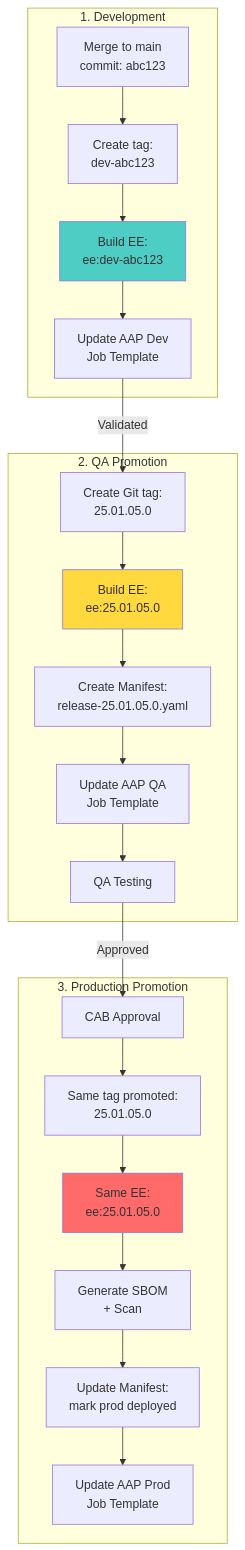
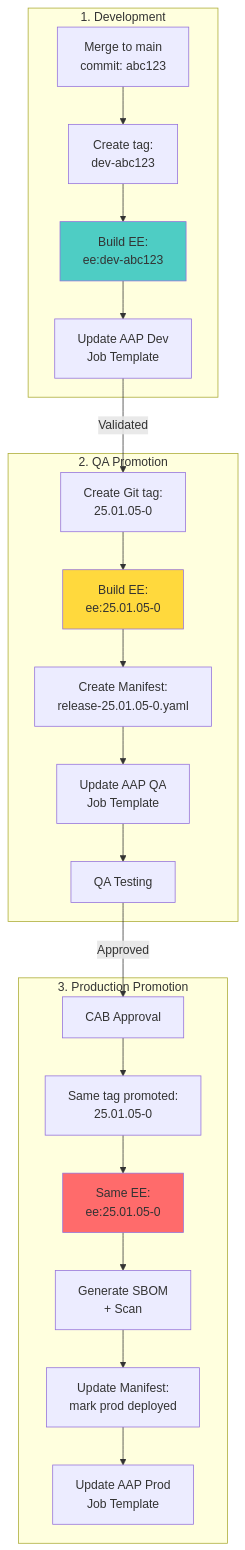
One commit to djdanielsson/rh1-docs changed the diagram in docs/EE-VERSIONING-STRATEGY.md. Above: the diagram before and after it, drawn with Mermaid. The commit also changed other lines of this file and 13 other files, not shown here.

````diff
--- a/docs/EE-VERSIONING-STRATEGY.md
+++ b/docs/EE-VERSIONING-STRATEGY.md
@@ -212,47 +212,47 @@
 ```mermaid
 graph TB
     subgraph "1. Development"
         CODE1[Merge to main<br/>commit: abc123]
         TAG_DEV[Create tag:<br/>dev-abc123]
         BUILD_DEV[Build EE:<br/>ee:dev-abc123]
         DEPLOY_DEV[Update AAP Dev<br/>Job Template]
     end
 
     subgraph "2. QA Promotion"
-        TAG_QA[Create Git tag:<br/>25.01.05.0]
-        BUILD_QA[Build EE:<br/>ee:25.01.05.0]
-        MANIFEST_QA[Create Manifest:<br/>release-25.01.05.0.yaml]
+        TAG_QA[Create Git tag:<br/>25.01.05-0]
+        BUILD_QA[Build EE:<br/>ee:25.01.05-0]
+        MANIFEST_QA[Create Manifest:<br/>release-25.01.05-0.yaml]
         DEPLOY_QA[Update AAP QA<br/>Job Template]
         TEST_QA[QA Testing]
     end
 
     subgraph "3. Production Promotion"
         APPROVE[CAB Approval]
-        TAG_PROD[Same tag promoted:<br/>25.01.05.0]
-        BUILD_PROD[Same EE:<br/>ee:25.01.05.0]
+        TAG_PROD[Same tag promoted:<br/>25.01.05-0]
+        BUILD_PROD[Same EE:<br/>ee:25.01.05-0]
         SBOM[Generate SBOM<br/>+ Scan]
         MANIFEST_PROD[Update Manifest:<br/>mark prod deployed]
         DEPLOY_PROD[Update AAP Prod<br/>Job Template]
     end
 
     CODE1 --> TAG_DEV
     TAG_DEV --> BUILD_DEV
     BUILD_DEV --> DEPLOY_DEV
     DEPLOY_DEV -->|Validated| TAG_QA
 
     TAG_QA --> BUILD_QA
     BUILD_QA --> MANIFEST_QA
     MANIFEST_QA --> DEPLOY_QA
     DEPLOY_QA --> TEST_QA
     TEST_QA -->|Approved| APPROVE
 
     APPROVE --> TAG_PROD
     TAG_PROD --> BUILD_PROD
     BUILD_PROD --> SBOM
     SBOM --> MANIFEST_PROD
     MANIFEST_PROD --> DEPLOY_PROD
 
     style BUILD_DEV fill:#4ecdc4
     style BUILD_QA fill:#ffd93d
     style BUILD_PROD fill:#ff6b6b
 ```
````
